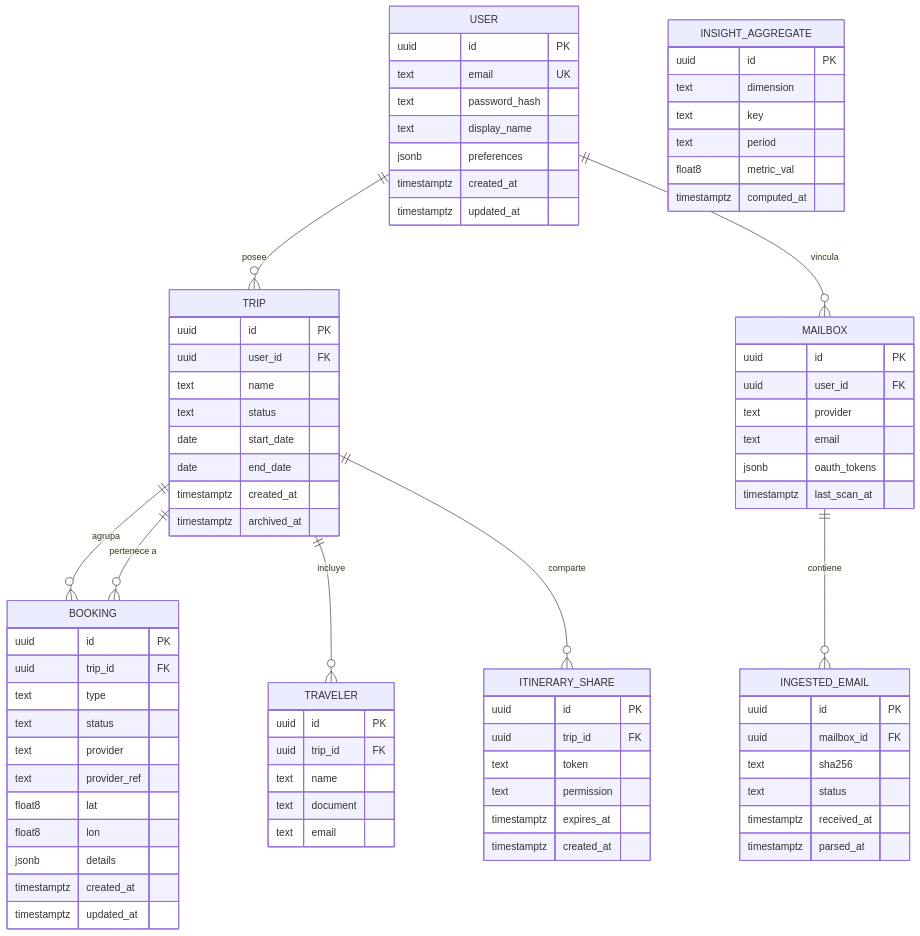
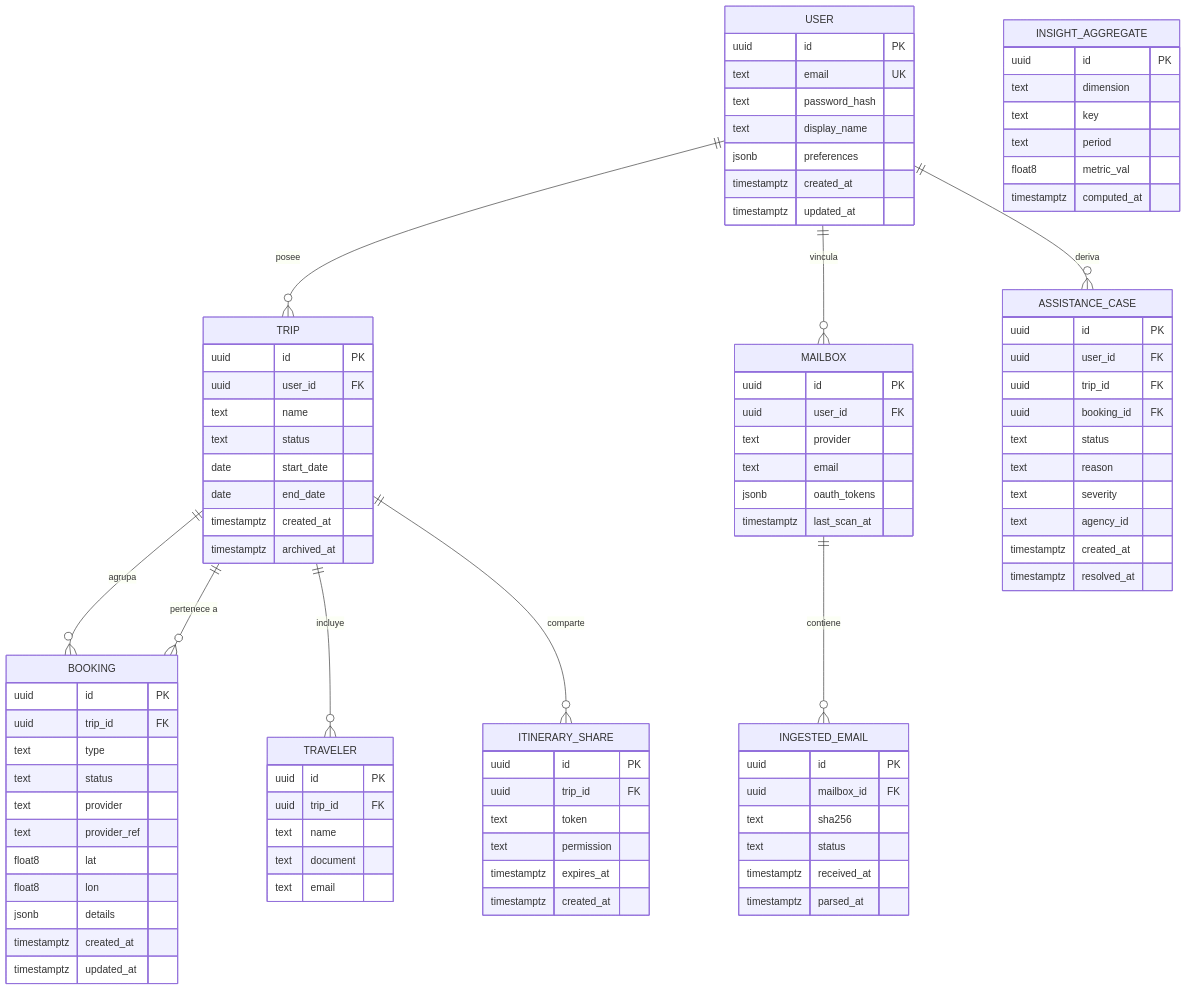
Before and after one commit to az-juan/trotamundos: the first of 3 diagrams in trinity/data/modelo-datos.md, drawn with Mermaid. The commit also changed other lines of this file and 28 other files, not shown here.

```diff
--- a/trinity/data/modelo-datos.md
+++ b/trinity/data/modelo-datos.md
@@ -20,6 +20,7 @@
     TRIP ||--o{ BOOKING : "agrupa"
     TRIP ||--o{ TRAVELER : "incluye"
     TRIP ||--o{ ITINERARY_SHARE : "comparte"
+    USER ||--o{ ASSISTANCE_CASE : "deriva"
     BOOKING }o--|| TRIP : "pertenece a"
     MAILBOX ||--o{ INGESTED_EMAIL : "contiene"
 
@@ -70,6 +71,18 @@
         timestamptz expires_at
         timestamptz created_at
     }
+    ASSISTANCE_CASE {
+        uuid id PK
+        uuid user_id FK
+        uuid trip_id FK
+        uuid booking_id FK
+        text status
+        text reason
+        text severity
+        text agency_id
+        timestamptz created_at
+        timestamptz resolved_at
+    }
     MAILBOX {
         uuid id PK
         uuid user_id FK
```
